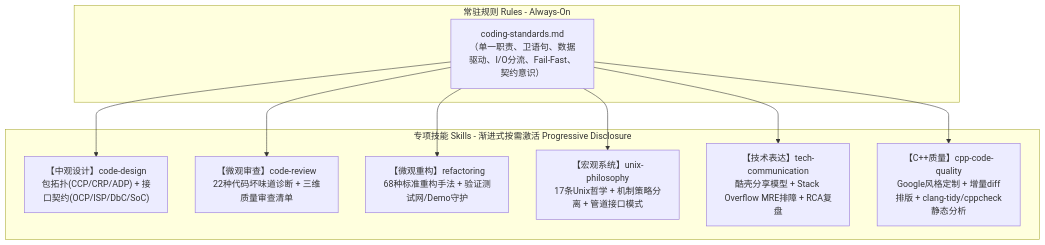
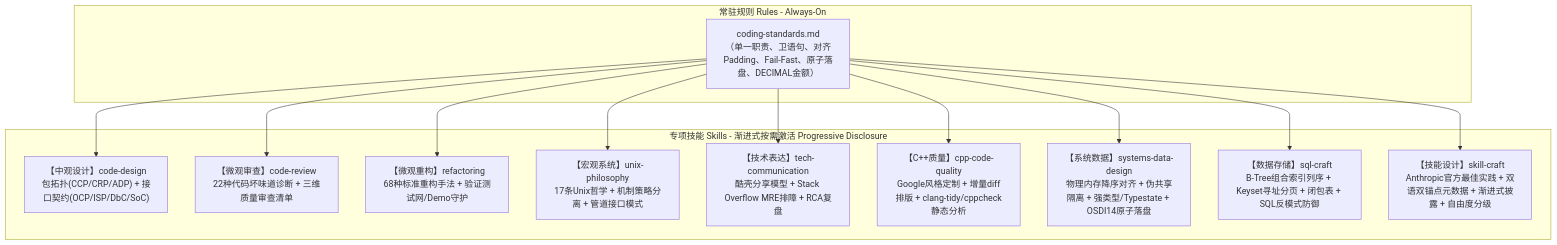
Before and after one commit to lilucpp/code-craft: the diagram in README.md, drawn with Mermaid. The commit also changed other lines of this file and 35 other files, not shown here.

First line of the commit message:
feat(skills): add systems-data-design, sql-craft, skill-craft and upgrade to 9 specialized skills

````diff
--- a/README.md
+++ b/README.md
@@ -27,22 +27,28 @@
 ```mermaid
 flowchart TD
     subgraph 全局约束底线 [常驻规则 Rules - Always-On]
-        R["coding-standards.md<br/>（单一职责、卫语句、数据驱动、I/O分流、Fail-Fast、契约意识）"]
+        R["coding-standards.md<br/>（单一职责、卫语句、对齐Padding、Fail-Fast、原子落盘、DECIMAL金额）"]
     end
 
     subgraph 专项技能矩阵 [专项技能 Skills - 渐进式按需激活 Progressive Disclosure]
         S1["【中观设计】code-design<br/>包拓扑(CCP/CRP/ADP) + 接口契约(OCP/ISP/DbC/SoC)"]
         S2["【微观审查】code-review<br/>22种代码坏味道诊断 + 三维质量审查清单"]
         S3["【微观重构】refactoring<br/>68种标准重构手法 + 验证测试网/Demo守护"]
         S4["【宏观系统】unix-philosophy<br/>17条Unix哲学 + 机制策略分离 + 管道接口模式"]
         S5["【技术表达】tech-communication<br/>酷壳分享模型 + Stack Overflow MRE排障 + RCA复盘"]
         S6["【C++质量】cpp-code-quality<br/>Google风格定制 + 增量diff排版 + clang-tidy/cppcheck静态分析"]
+        S7["【系统数据】systems-data-design<br/>物理内存降序对齐 + 伪共享隔离 + 强类型/Typestate + OSDI14原子落盘"]
+        S8["【数据存储】sql-craft<br/>B-Tree组合索引列序 + Keyset寻址分页 + 闭包表 + SQL反模式防御"]
+        S9["【技能设计】skill-craft<br/>Anthropic官方最佳实践 + 双语双锚点元数据 + 渐进式披露 + 自由度分级"]
     end
 
     R --> S1
     R --> S2
     R --> S3
     R --> S4
     R --> S5
     R --> S6
+    R --> S7
+    R --> S8
+    R --> S9
 ```
````
